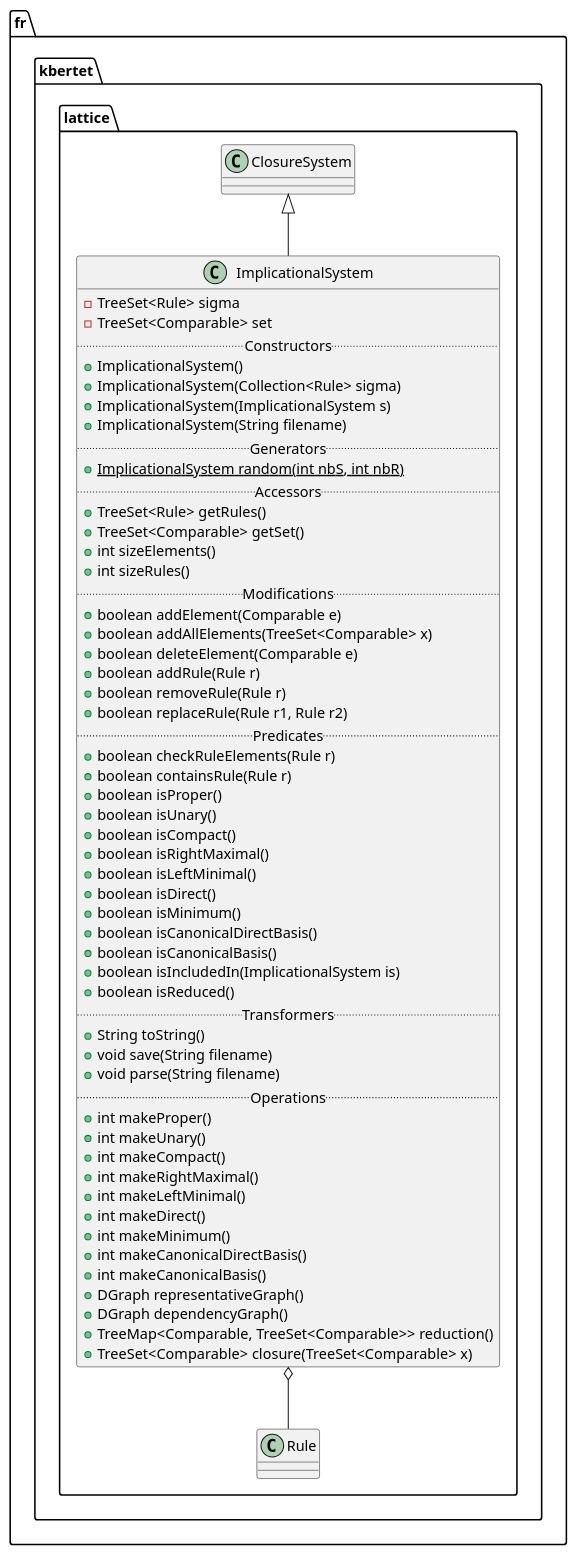
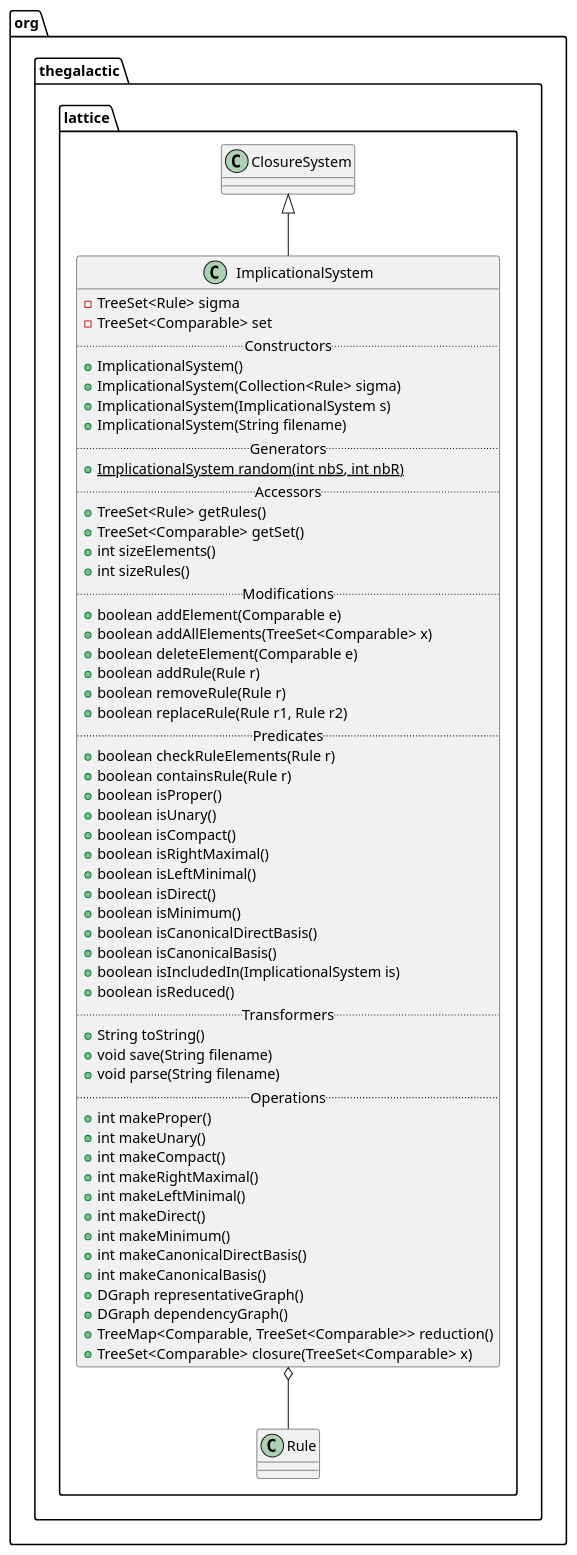
Before and after one commit to thegalactic/java-lattices: the diagram in src/main/javadoc/resources/org/thegalactic/lattice/ImplicationalSystem.iuml, drawn with PlantUML. The commit also changed 40 other files, not shown here.

Commit message:
Using org.thegalactic namespace

```diff
--- a/src/main/javadoc/resources/org/thegalactic/lattice/ImplicationalSystem.iuml
+++ b/src/main/javadoc/resources/org/thegalactic/lattice/ImplicationalSystem.iuml
@@ -1,61 +1,61 @@
-package fr.kbertet.lattice {
+package org.thegalactic.lattice {
     class ImplicationalSystem {
         -TreeSet<Rule> sigma
         -TreeSet<Comparable> set
         .. Constructors ..
         +ImplicationalSystem()
         +ImplicationalSystem(Collection<Rule> sigma)
         +ImplicationalSystem(ImplicationalSystem s)
         +ImplicationalSystem(String filename)
         .. Generators ..
         {static}+ImplicationalSystem random(int nbS, int nbR)
         .. Accessors ..
         +TreeSet<Rule> getRules()
         +TreeSet<Comparable> getSet()
         +int sizeElements()
         +int sizeRules()
         .. Modifications ..
         +boolean addElement(Comparable e)
         +boolean addAllElements(TreeSet<Comparable> x)
         +boolean deleteElement(Comparable e)
         +boolean addRule(Rule r)
         +boolean removeRule(Rule r)
         +boolean replaceRule(Rule r1, Rule r2)
         .. Predicates ..
         +boolean checkRuleElements(Rule r)
         +boolean containsRule(Rule r)
         +boolean isProper()
         +boolean isUnary()
         +boolean isCompact()
         +boolean isRightMaximal()
         +boolean isLeftMinimal()
         +boolean isDirect()
         +boolean isMinimum()
         +boolean isCanonicalDirectBasis()
         +boolean isCanonicalBasis()
         +boolean isIncludedIn(ImplicationalSystem is)
         +boolean isReduced()
         .. Transformers ..
         +String toString()
         +void save(String filename)
         +void parse(String filename)
         .. Operations ..
         +int makeProper()
         +int makeUnary()
         +int makeCompact()
         +int makeRightMaximal()
         +int makeLeftMinimal()
         +int makeDirect()
         +int makeMinimum()
         +int makeCanonicalDirectBasis()
         +int makeCanonicalBasis()
         +DGraph representativeGraph()
         +DGraph dependencyGraph()
         +TreeMap<Comparable, TreeSet<Comparable>> reduction()
         +TreeSet<Comparable> closure(TreeSet<Comparable> x)
     }
 
 
     ClosureSystem <|-- ImplicationalSystem
     ImplicationalSystem o-- Rule
 }
```
